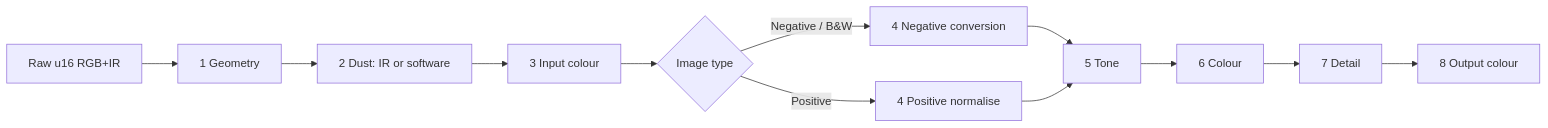
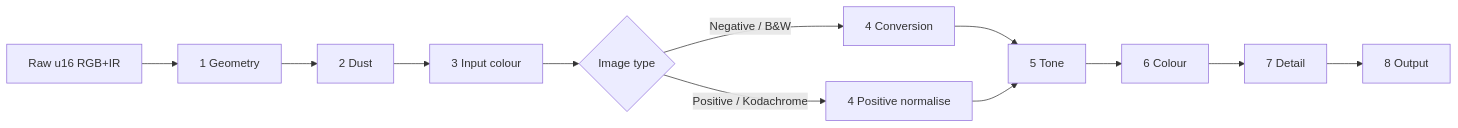
The second of 2 diagrams in DESIGN.md (cschalle/negative-vibes), drawn with Mermaid before and after one commit. The commit also changed other lines of this file and 1 other file, not shown here.

````diff
--- a/DESIGN.md
+++ b/DESIGN.md
@@ -480,9 +486,9 @@
 ```mermaid
 flowchart LR
-  RAW[Raw u16 RGB+IR] --> G[1 Geometry] --> D[2 Dust: IR or software] --> IN[3 Input colour]
+  RAW[Raw u16 RGB+IR] --> G[1 Geometry] --> D[2 Dust] --> IN[3 Input colour]
   IN --> NEG{Image type}
-  NEG -->|Negative / B&W| CV[4 Negative conversion]
-  NEG -->|Positive| PV[4 Positive normalise]
-  CV --> T[5 Tone] --> CO[6 Colour] --> DE[7 Detail] --> OUT[8 Output colour]
+  NEG -->|Negative / B&W| CV[4 Conversion]
+  NEG -->|Positive / Kodachrome| PV[4 Positive normalise]
+  CV --> T[5 Tone] --> CO[6 Colour] --> DE[7 Detail] --> OUT[8 Output]
   PV --> T
 ```
````
